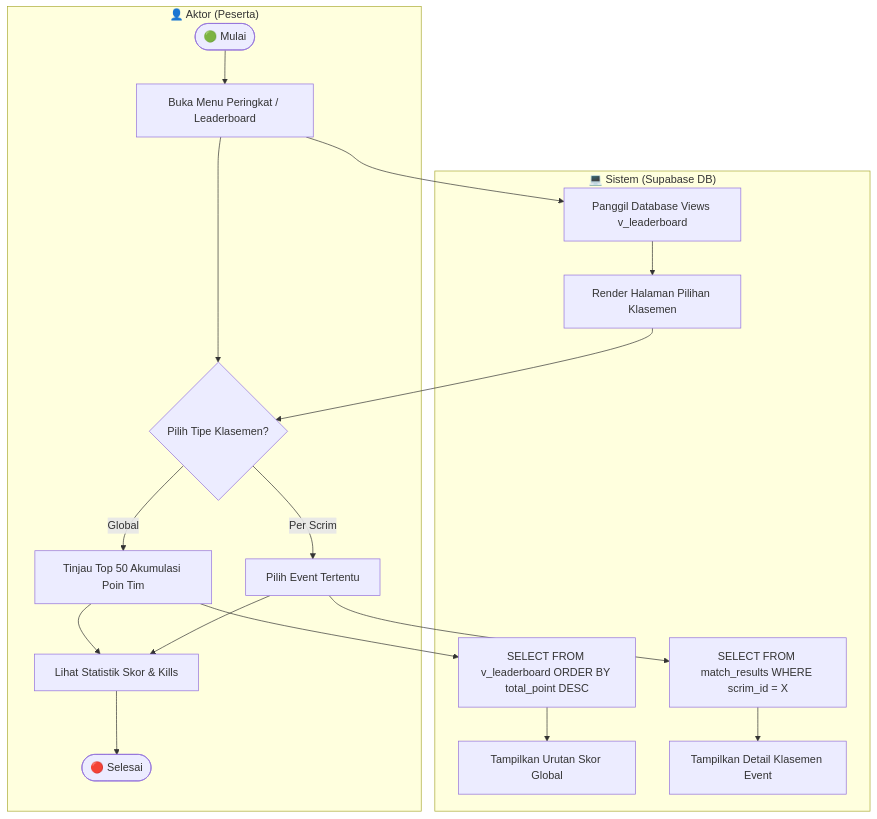
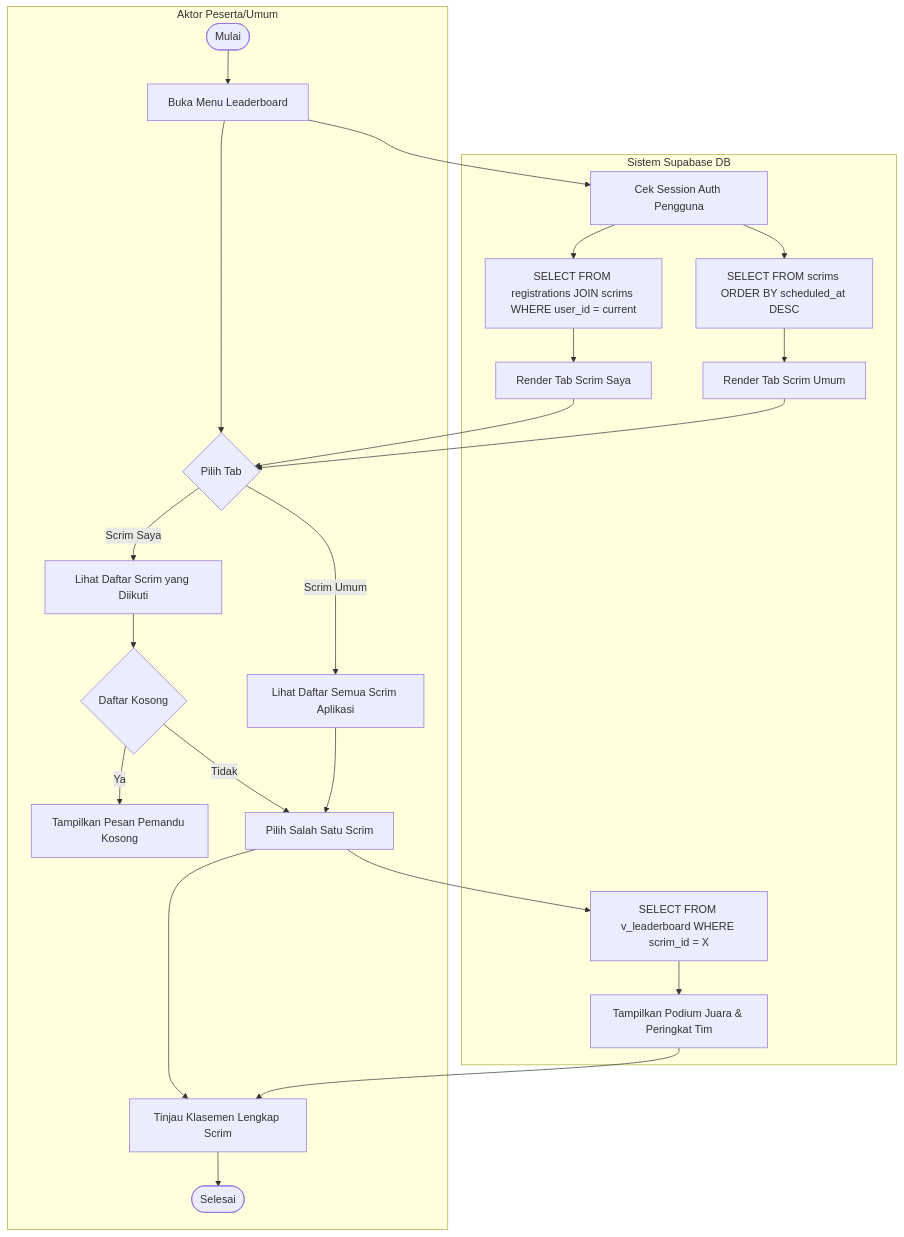
One commit to yosima050/booyahhub changed diagram 12 of 47 in DOKUMENTASI.md. Above: the diagram before and after it, drawn with Mermaid. The commit also changed other lines of this file and 3 other files, not shown here.

Commit message:
feat: add leaderboard screen and admin management modules for scrim results and room configuration

````diff
--- a/DOKUMENTASI.md
+++ b/DOKUMENTASI.md
@@ -446,19 +446,24 @@
 ```mermaid
 flowchart TD
-    subgraph Aktor ["👤 Aktor (Peserta)"]
-        K1([🟢 Mulai]) --> K2[Buka Menu Peringkat / Leaderboard]
-        K2 --> K3{Pilih Tipe Klasemen?}
-        K3 -->|Global| K4[Tinjau Top 50 Akumulasi Poin Tim]
-        K3 -->|Per Scrim| K5[Pilih Event Tertentu]
-        K4 & K5 --> K6[Lihat Statistik Skor & Kills] --> K7([🔴 Selesai])
+    subgraph Aktor [Aktor Peserta/Umum]
+        K1([Mulai]) --> K2[Buka Menu Leaderboard]
+        K2 --> K3{Pilih Tab}
+        K3 -->|Scrim Saya| K4[Lihat Daftar Scrim yang Diikuti]
+        K3 -->|Scrim Umum| K5[Lihat Daftar Semua Scrim Aplikasi]
+        K4 --> K6{Daftar Kosong}
+        K6 -->|Ya| K7[Tampilkan Pesan Pemandu Kosong]
+        K6 -->|Tidak| K8[Pilih Salah Satu Scrim]
+        K5 --> K8
+        K8 --> K9[Tinjau Klasemen Lengkap Scrim] --> K10([Selesai])
     end
 
-    subgraph Sistem ["💻 Sistem (Supabase DB)"]
-        K2 --> S1[Panggil Database Views v_leaderboard]
-        S1 --> S2[Render Halaman Pilihan Klasemen] --> K3
-        K4 --> S3[SELECT FROM v_leaderboard ORDER BY total_point DESC]
-        S3 --> S4[Tampilkan Urutan Skor Global]
-        K5 --> S5[SELECT FROM match_results WHERE scrim_id = X]
-        S5 --> S6[Tampilkan Detail Klasemen Event]
+    subgraph Sistem [Sistem Supabase DB]
+        K2 --> S1[Cek Session Auth Pengguna]
+        S1 --> S2[SELECT FROM registrations JOIN scrims WHERE user_id = current]
+        S1 --> S3[SELECT FROM scrims ORDER BY scheduled_at DESC]
+        S2 --> S4[Render Tab Scrim Saya] --> K3
+        S3 --> S5[Render Tab Scrim Umum] --> K3
+        K8 --> S6[SELECT FROM v_leaderboard WHERE scrim_id = X]
+        S6 --> S7[Tampilkan Podium Juara & Peringkat Tim] --> K9
     end
 ```
````
